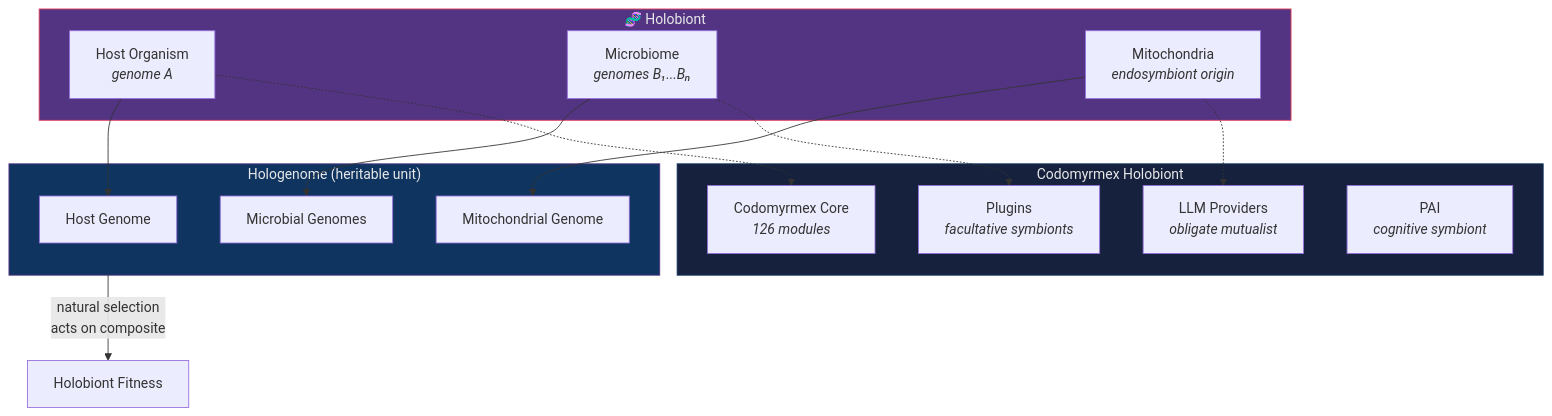
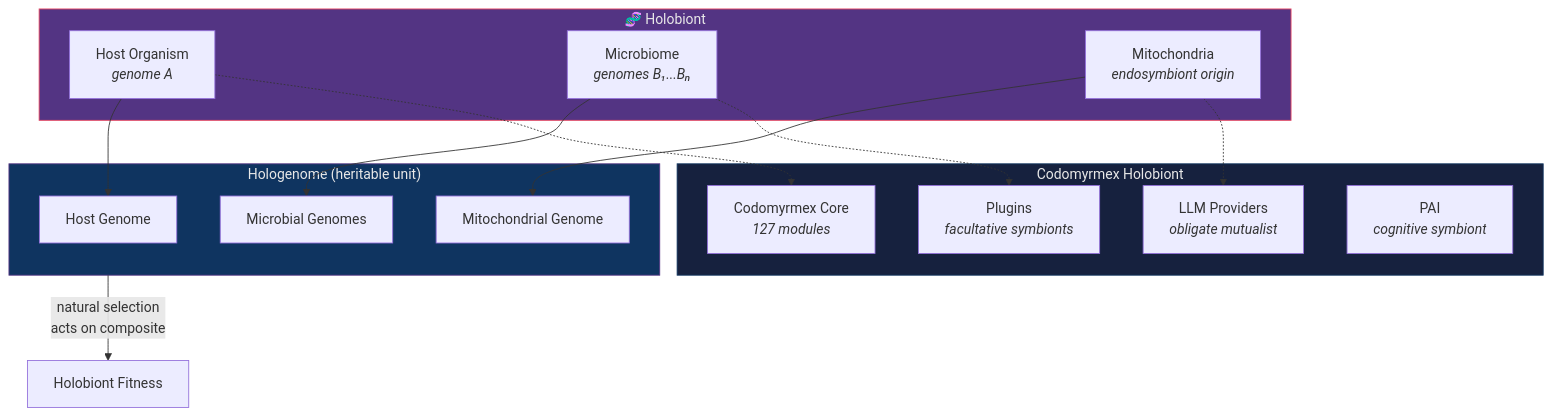
Before and after one commit to docxology/codomyrmex: the first of 2 diagrams in docs/bio/symbiosis.md, drawn with Mermaid. The commit also changed 1208 other files, not shown here.

````diff
--- a/docs/bio/symbiosis.md
+++ b/docs/bio/symbiosis.md
@@ -17,35 +17,35 @@
 ```mermaid
 graph TB
     subgraph HOLOBIONT["🧬 Holobiont"]
         HOST["Host Organism<br/><i>genome A</i>"]
         MICRO["Microbiome<br/><i>genomes B₁...Bₙ</i>"]
         MITO["Mitochondria<br/><i>endosymbiont origin</i>"]
     end
 
     subgraph HOLOGENOME["Hologenome (heritable unit)"]
         HOST_G["Host Genome"]
         MICRO_G["Microbial Genomes"]
         MITO_G["Mitochondrial Genome"]
     end
 
     HOST --> HOST_G
     MICRO --> MICRO_G
     MITO --> MITO_G
 
     HOLOGENOME -->|"natural selection<br/>acts on composite"| FITNESS["Holobiont Fitness"]
 
     subgraph CDM_HOLO["Codomyrmex Holobiont"]
-        CDM_HOST["Codomyrmex Core<br/><i>126 modules</i>"]
+        CDM_HOST["Codomyrmex Core<br/><i>127 modules</i>"]
         CDM_LLM["LLM Providers<br/><i>obligate mutualist</i>"]
         CDM_PLUGINS["Plugins<br/><i>facultative symbionts</i>"]
         CDM_PAI["PAI<br/><i>cognitive symbiont</i>"]
     end
 
     HOST -.-> CDM_HOST
     MICRO -.-> CDM_PLUGINS
     MITO -.-> CDM_LLM
 
     style HOLOBIONT fill:#533483,stroke:#e94560,color:#e8e8e8
     style HOLOGENOME fill:#0f3460,stroke:#533483,color:#e8e8e8
     style CDM_HOLO fill:#16213e,stroke:#0f3460,color:#e8e8e8
 ```
````
